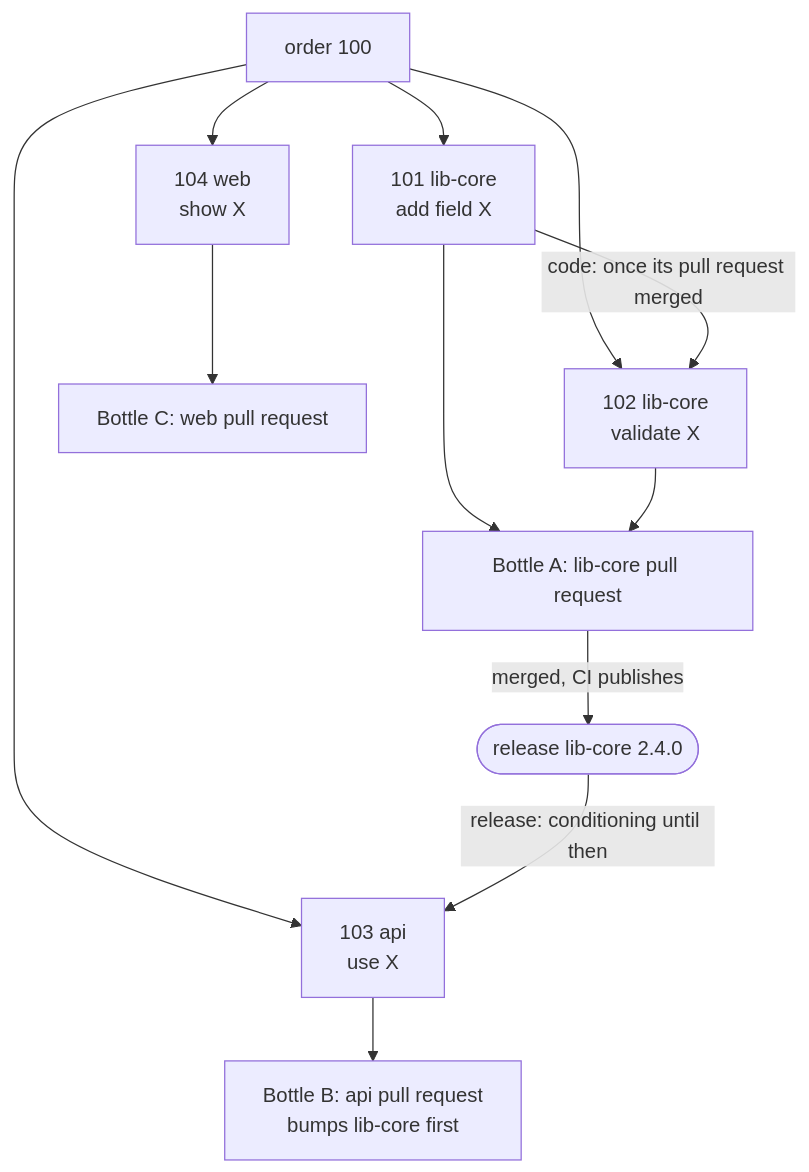
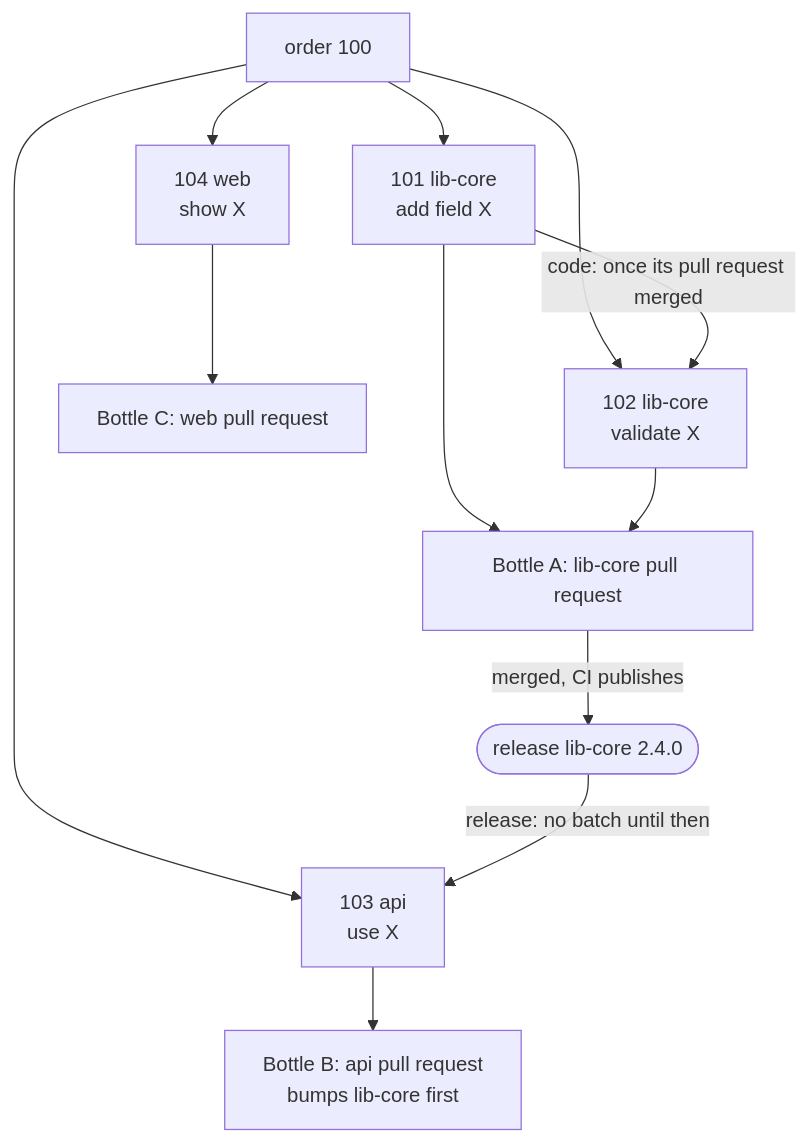
The diagram in docs/design/intake/work-breakdown.md (EdwinBekaert/foedrum), drawn with Mermaid before and after one commit. The commit also changed other lines of this file and 4 other files, not shown here.

````diff
--- a/docs/design/intake/work-breakdown.md
+++ b/docs/design/intake/work-breakdown.md
@@ -34,13 +35,13 @@
 ```mermaid
 flowchart TD
   O["order 100"] --> S1["101 lib-core<br/>add field X"]
   O --> S2["102 lib-core<br/>validate X"]
   O --> S3["103 api<br/>use X"]
   O --> S4["104 web<br/>show X"]
   S1 -->|"code: once its pull request merged"| S2
   S1 & S2 --> BA["Bottle A: lib-core pull request"]
   BA -->|"merged, CI publishes"| R(["release lib-core 2.4.0"])
-  R -->|"release: conditioning until then"| S3
+  R -->|"release: no batch until then"| S3
   S3 --> BB["Bottle B: api pull request<br/>bumps lib-core first"]
   S4 --> BC["Bottle C: web pull request"]
 ```
````
